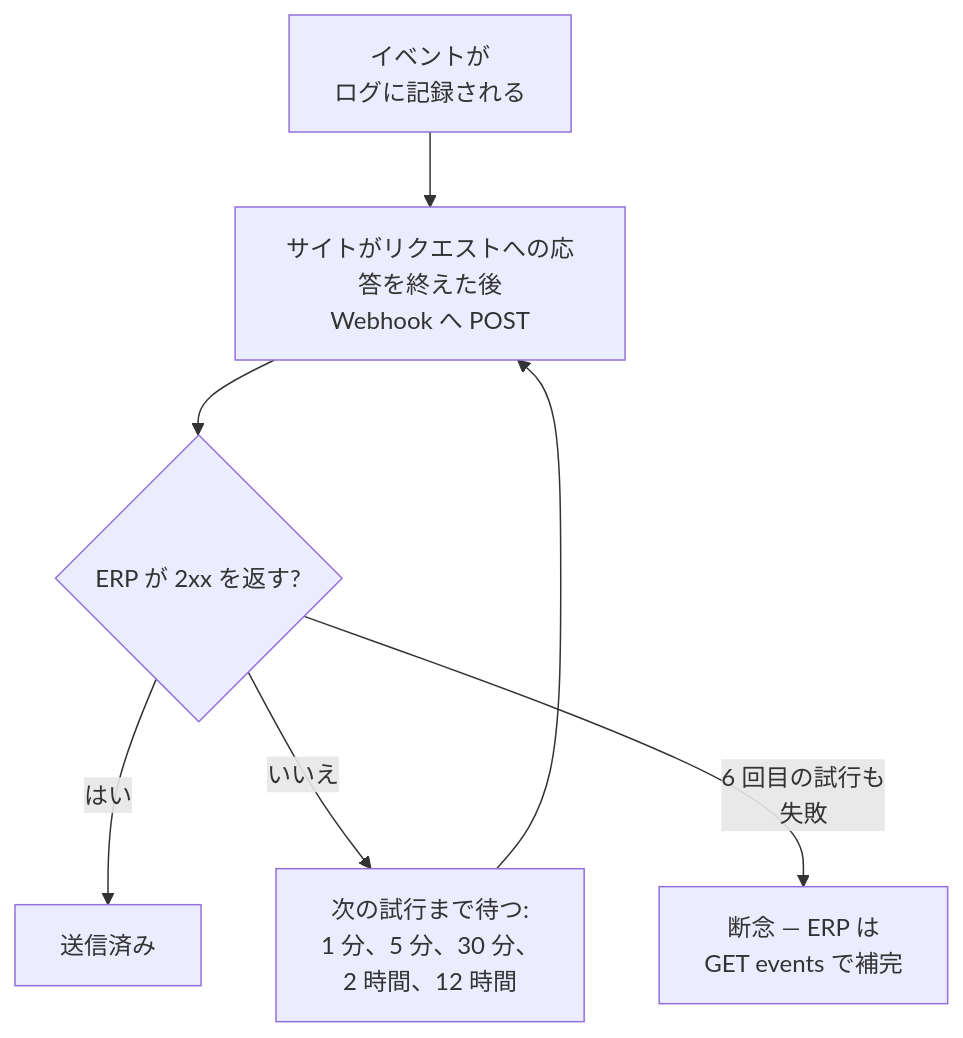
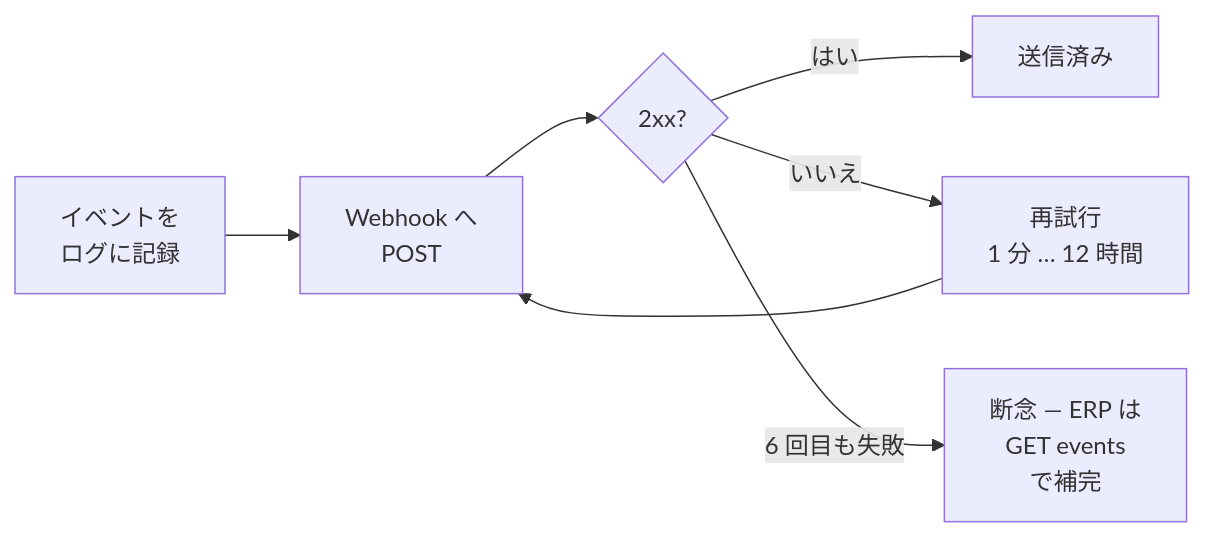
Before and after one commit to gp247net/gp247-docs: the fourth of 4 diagrams in api/api-sync_ja.md, drawn with Mermaid. The commit also changed other lines of this file and 44 other files, not shown here.

First line of the commit message:
docs: redraw oversized diagrams in security, API and MCP docs (vi/en/ja)

````diff
--- a/api/api-sync_ja.md
+++ b/api/api-sync_ja.md
@@ -292,9 +293,9 @@
 ```mermaid
-flowchart TD
-    A["イベントが<br/>ログに記録される"] --> B["サイトがリクエストへの応答を終えた後<br/>Webhook へ POST"]
-    B --> C{"ERP が 2xx を返す?"}
+flowchart LR
+    A["イベントを<br/>ログに記録"] --> B["Webhook へ<br/>POST"]
+    B --> C{"2xx?"}
     C -- "はい" --> D["送信済み"]
-    C -- "いいえ" --> E["次の試行まで待つ:<br/>1 分、5 分、30 分、<br/>2 時間、12 時間"]
+    C -- "いいえ" --> E["再試行<br/>1 分 … 12 時間"]
     E --> B
-    C -- "6 回目の試行も<br/>失敗" --> F["断念 — ERP は<br/>GET events で補完"]
+    C -- "6 回目も失敗" --> F["断念 — ERP は<br/>GET events<br/>で補完"]
 ```
````
